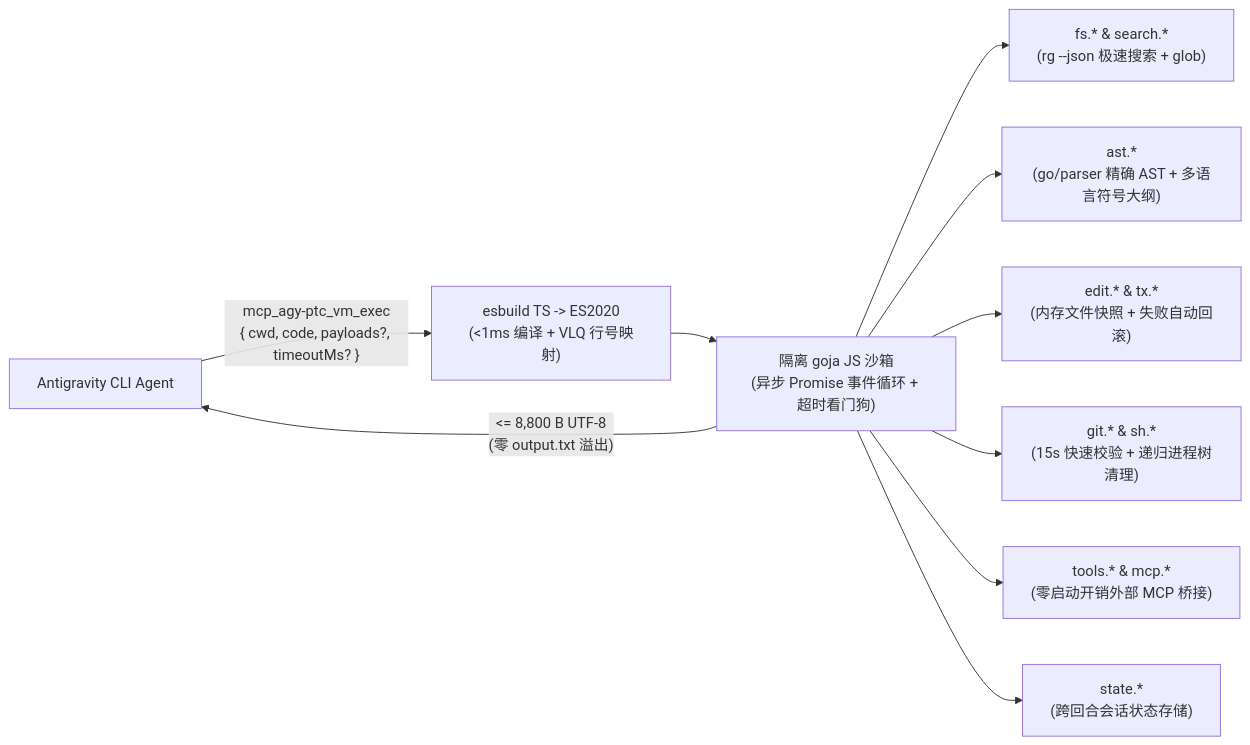
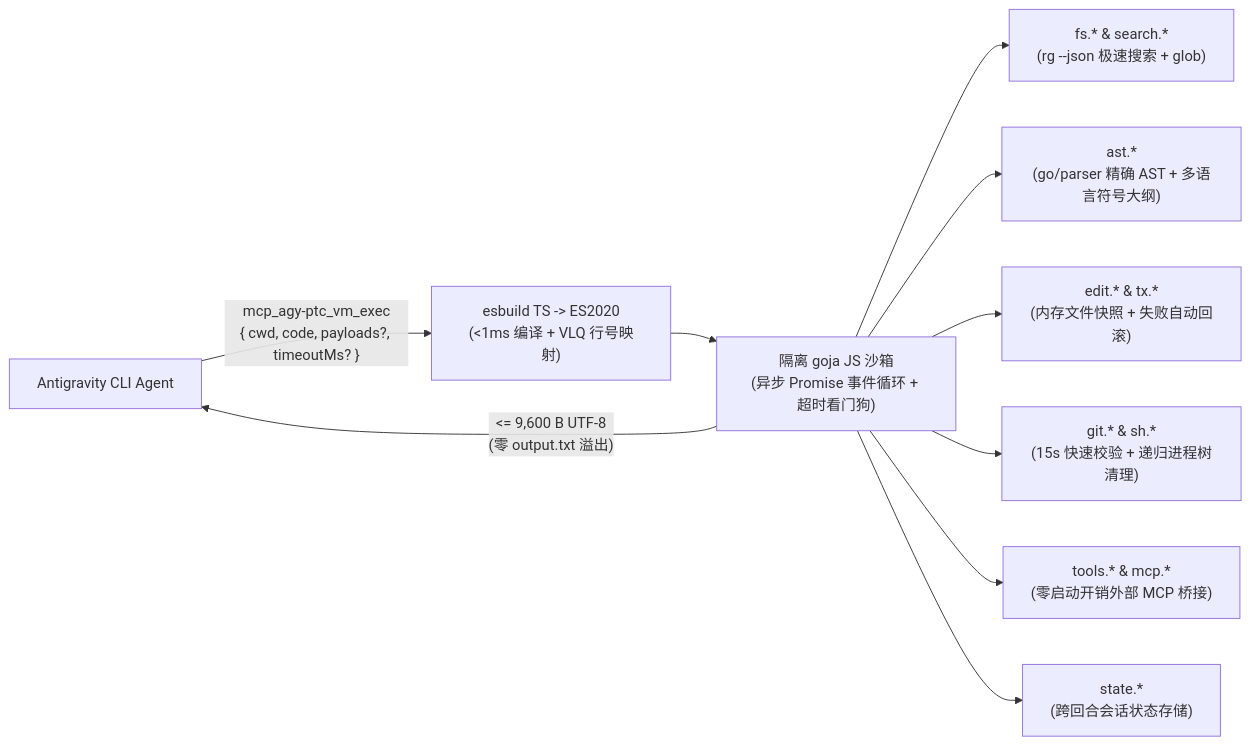
One commit to Aliothmoon/agy-ptc changed the diagram in README_ZH.md. Above: the diagram before and after it, drawn with Mermaid. The commit also changed other lines of this file and 27 other files, not shown here.

````diff
--- a/README_ZH.md
+++ b/README_ZH.md
@@ -32,12 +32,12 @@
 ```mermaid
 flowchart LR
     Agent["Antigravity CLI Agent"] -->|"mcp_agy-ptc_vm_exec\n{ cwd, code, payloads?, timeoutMs? }"| Compiler["esbuild TS -> ES2020\n(<1ms 编译 + VLQ 行号映射)"]
     Compiler --> VM["隔离 goja JS 沙箱\n(异步 Promise 事件循环 + 超时看门狗)"]
     VM --> FS["fs.* & search.*\n(rg --json 极速搜索 + glob)"]
     VM --> AST["ast.*\n(go/parser 精确 AST + 多语言符号大纲)"]
     VM --> TX["edit.* & tx.*\n(内存文件快照 + 失败自动回滚)"]
     VM --> SH["git.* & sh.*\n(15s 快速校验 + 递归进程树清理)"]
     VM --> MCP["tools.* & mcp.*\n(零启动开销外部 MCP 桥接)"]
     VM --> ST["state.*\n(跨回合会话状态存储)"]
-    VM -->|"<= 8,800 B UTF-8\n(零 output.txt 溢出)"| Agent
+    VM -->|"<= 9,600 B UTF-8\n(零 output.txt 溢出)"| Agent
 ```
````
